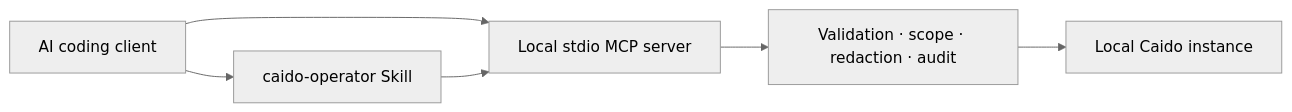
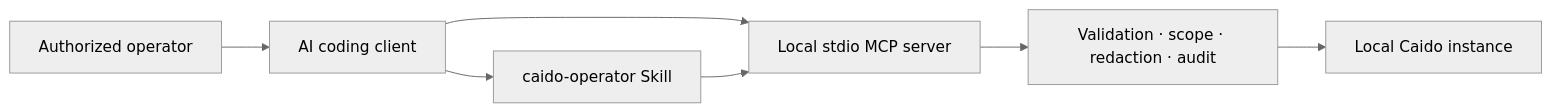
The diagram in README.md (bicilique/caido-mcp), drawn with Mermaid (neutral theme) before and after one commit. The commit also changed other lines of this file and 19 other files, not shown here.

````diff
--- a/README.md
+++ b/README.md
@@ -35,8 +93,9 @@
 ```mermaid
 flowchart LR
-  Client[AI coding client] --> Skill[caido-operator Skill]
+  Operator[Authorized operator] --> Client[AI coding client]
+  Client --> Skill[caido-operator Skill]
   Client --> MCP[Local stdio MCP server]
   Skill --> MCP
   MCP --> Guard[Validation · scope · redaction · audit]
   Guard --> Caido[Local Caido instance]
 ```
````
